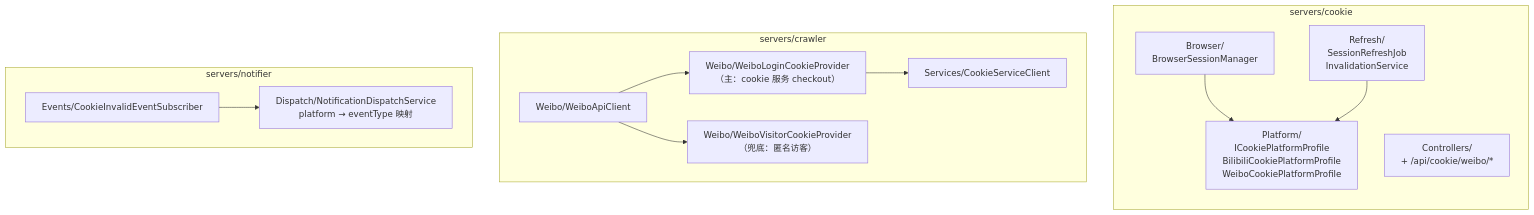
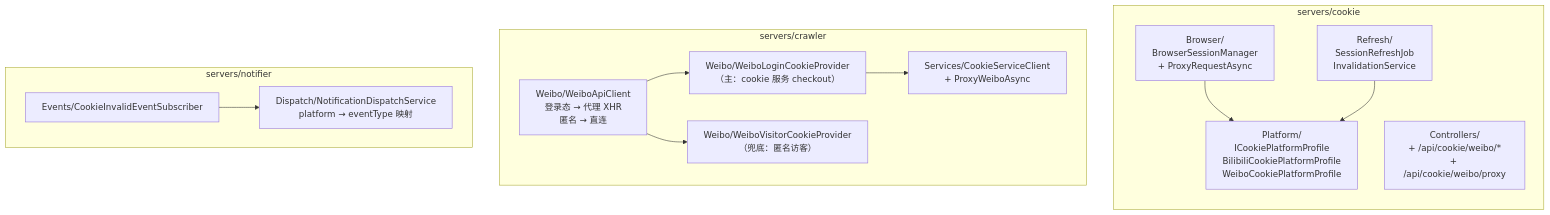
One commit to Deliay/z-vtuber changed the second of 4 diagrams in docs/engineering/proposals/20260913-proposal-weibo-cookie-crawl.md. Above: the diagram before and after it, drawn with Mermaid. The commit also changed other lines of this file and 2 other files, not shown here.

Commit message:
docs: route weibo login-state requests through cookie-service proxy xhr

````diff
--- a/docs/engineering/proposals/20260913-proposal-weibo-cookie-crawl.md
+++ b/docs/engineering/proposals/20260913-proposal-weibo-cookie-crawl.md
@@ -66,18 +69,18 @@
 ```mermaid
 graph TD
     subgraph servers/cookie
         direction TB
         P[Platform/<br/>ICookiePlatformProfile<br/>BilibiliCookiePlatformProfile<br/>WeiboCookiePlatformProfile]
-        B[Browser/<br/>BrowserSessionManager] --> P
+        B[Browser/<br/>BrowserSessionManager<br/>+ ProxyRequestAsync] --> P
         R[Refresh/<br/>SessionRefreshJob<br/>InvalidationService] --> P
-        CT[Controllers/<br/>+ /api/cookie/weibo/*]
+        CT[Controllers/<br/>+ /api/cookie/weibo/*<br/>+ /api/cookie/weibo/proxy]
     end
     subgraph servers/crawler
-        W1[Weibo/WeiboApiClient] --> W2[Weibo/WeiboLoginCookieProvider<br/>（主：cookie 服务 checkout）]
+        W1[Weibo/WeiboApiClient<br/>登录态 → 代理 XHR<br/>匿名 → 直连] --> W2[Weibo/WeiboLoginCookieProvider<br/>（主：cookie 服务 checkout）]
         W1 --> W3[Weibo/WeiboVisitorCookieProvider<br/>（兜底：匿名访客）]
-        W2 --> CS[Services/CookieServiceClient]
+        W2 --> CS[Services/CookieServiceClient<br/>+ ProxyWeiboAsync]
     end
     subgraph servers/notifier
         E[Events/CookieInvalidEventSubscriber] --> D[Dispatch/NotificationDispatchService<br/>platform → eventType 映射]
     end
 ```
````
